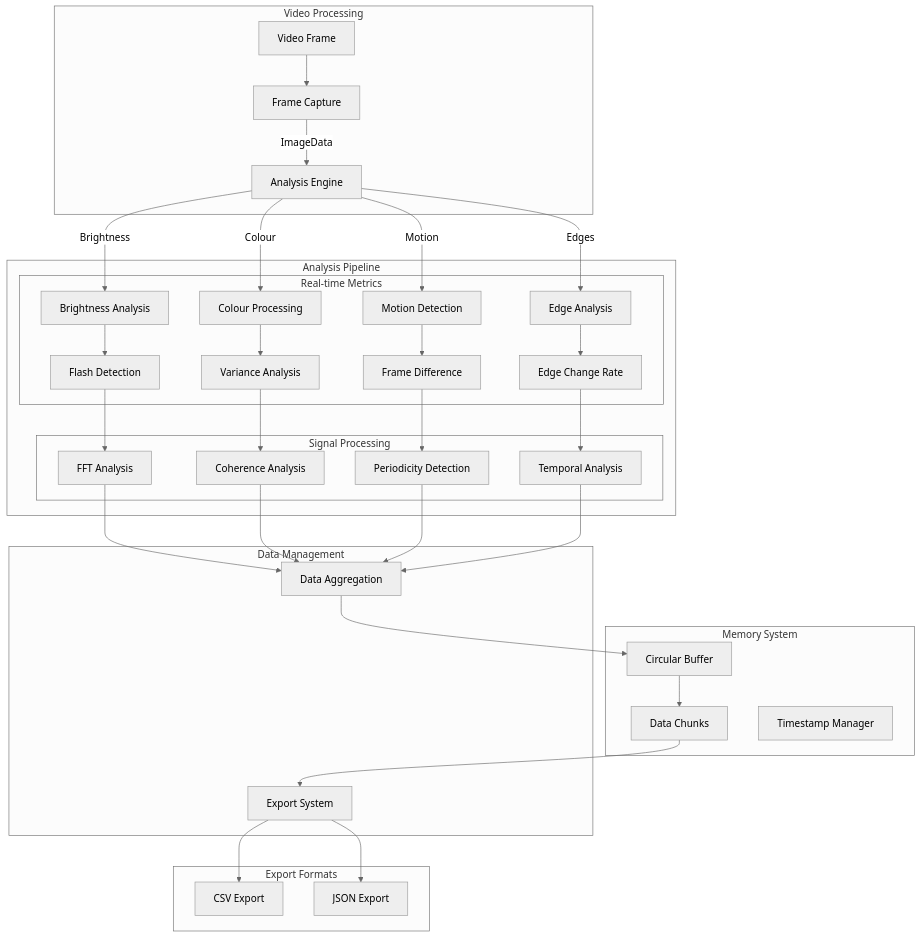
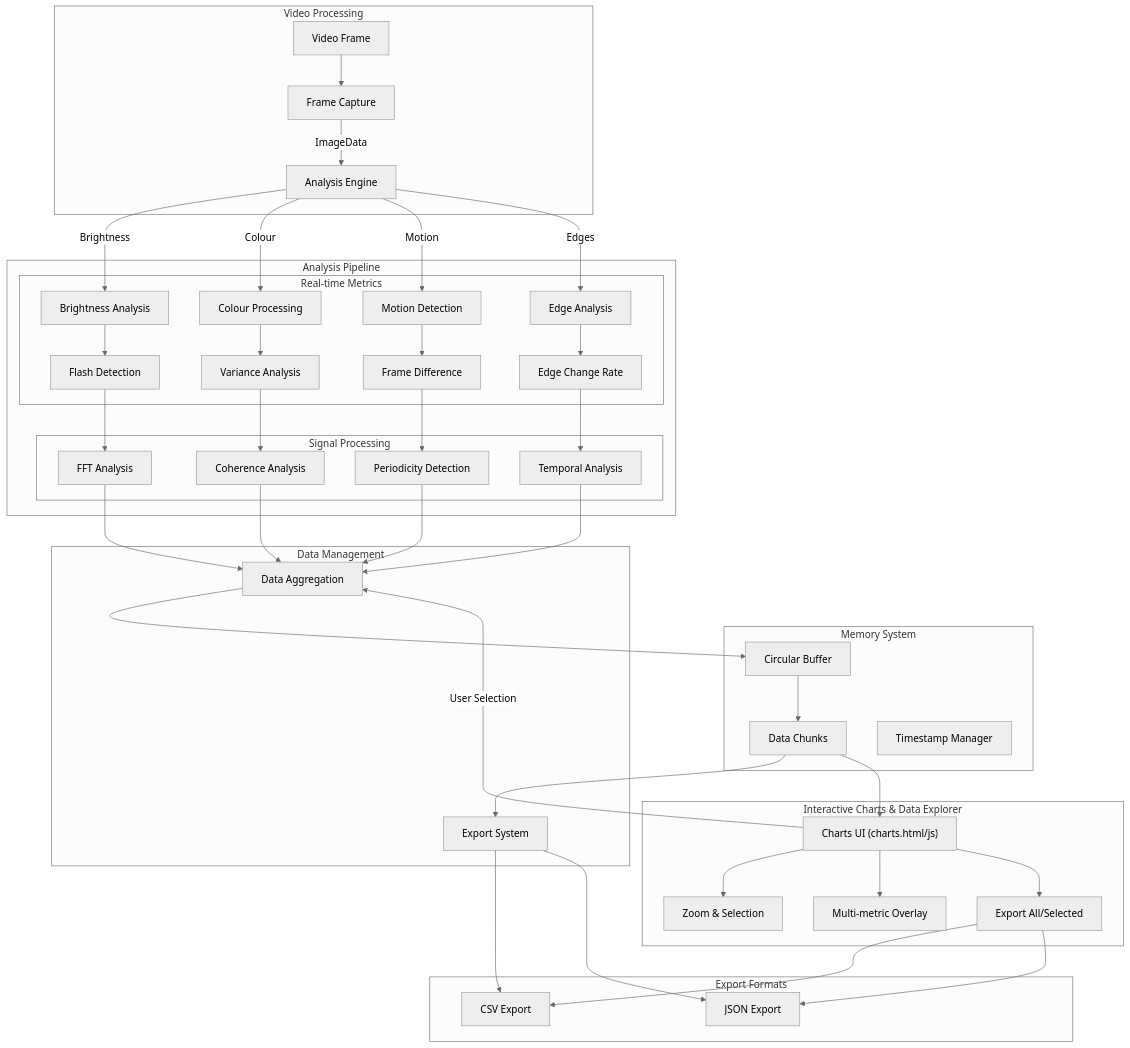
One commit to Pi-0r-Tau/EPI-LENS changed the first of 2 diagrams in README.md. Above: the diagram before and after it, drawn with Mermaid (neutral theme). The commit also changed other lines of this file, not shown here.

Commit message:
Major update: Mermaid diagrams updated

````diff
--- a/README.md
+++ b/README.md
@@ -236,47 +236,61 @@
 ```mermaid
 graph TB
     subgraph Video Processing
         VID[Video Frame] --> CAP[Frame Capture]
         CAP --> |ImageData| ANA[Analysis Engine]
     end
 
     subgraph Memory System
         BUF[Circular Buffer]
         CHK[Data Chunks]
         TST[Timestamp Manager]
     end
 
     subgraph Analysis Pipeline
         ANA --> |Brightness| BRI[Brightness Analysis]
         ANA --> |Colour| COL[Colour Processing]
         ANA --> |Motion| MOT[Motion Detection]
         ANA --> |Edges| EDG[Edge Analysis]
 
         subgraph Real-time Metrics
             BRI --> FLA[Flash Detection]
             COL --> VAR[Variance Analysis]
             MOT --> DIF[Frame Difference]
             EDG --> CHG[Edge Change Rate]
         end
 
         subgraph Signal Processing
             FLA --> FFT[FFT Analysis]
             VAR --> COH[Coherence Analysis]
             DIF --> PER[Periodicity Detection]
             CHG --> TMP[Temporal Analysis]
         end
     end
 
     subgraph Data Management
         FFT & COH & PER & TMP --> AGG[Data Aggregation]
         AGG --> BUF
         BUF --> CHK
         CHK --> EXP[Export System]
     end
 
     subgraph Export Formats
         EXP --> CSV[CSV Export]
         EXP --> JSN[JSON Export]
     end
-    
+
+    subgraph Interactive_Charts [Interactive Charts & Data Explorer]
+        CHARTS["Charts UI (charts.html/js)"]
+        ZOOM["Zoom & Selection"]
+        MULTI["Multi-metric Overlay"]
+        EXPORT["Export All/Selected"]
+        CHARTS --> ZOOM
+        CHARTS --> MULTI
+        CHARTS --> EXPORT
+        EXPORT --> CSV
+        EXPORT --> JSN
+    end
+
+    CHK --> CHARTS
+    CHARTS -->|User Selection| AGG
 ```
````
